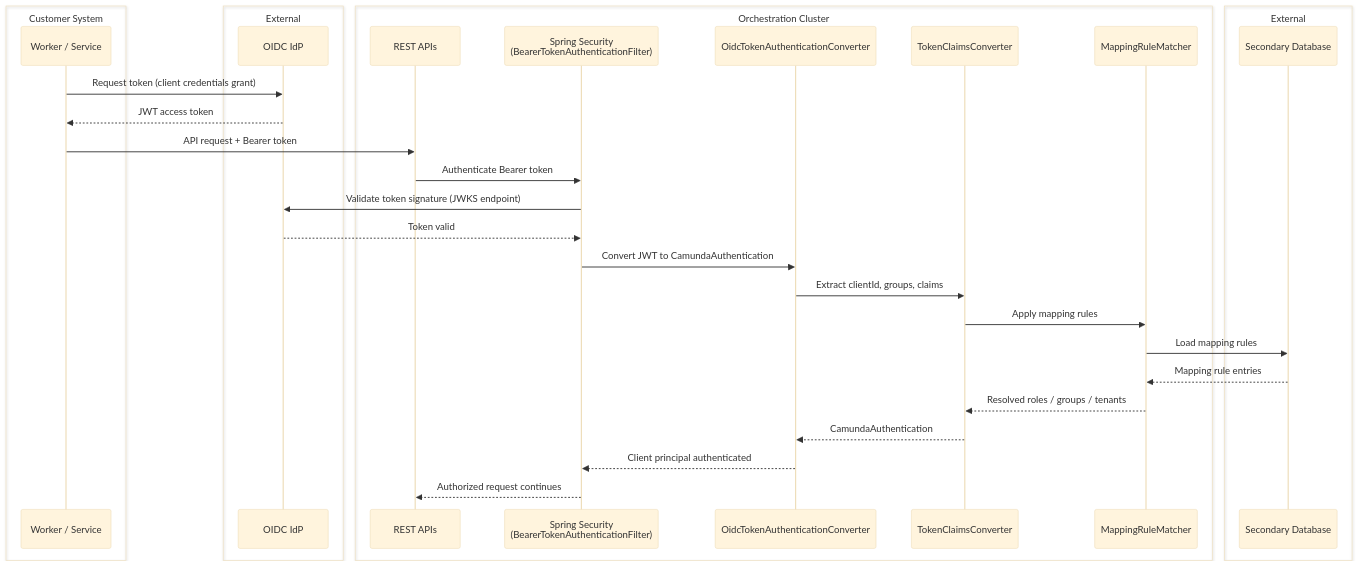
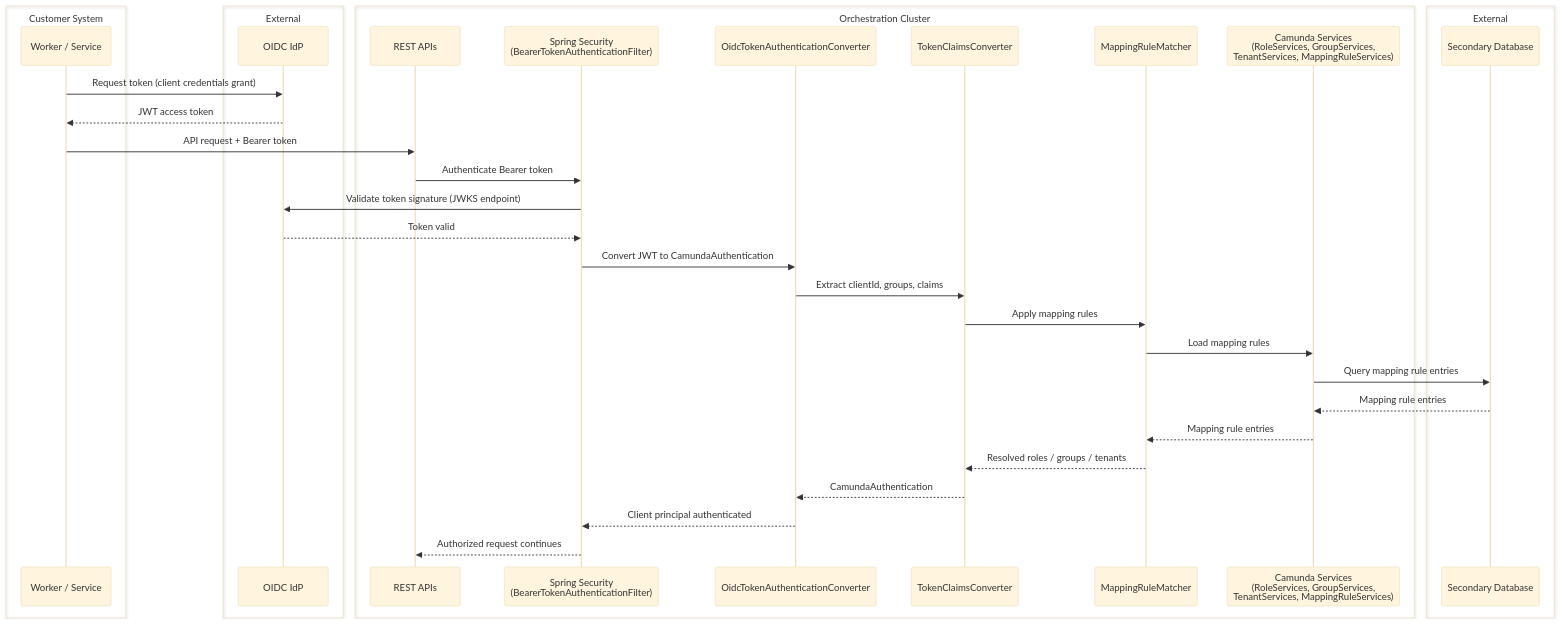
Diagram 12 of 17 in docs/identity/architecture-documentation.md (camunda/camunda), drawn with Mermaid (base theme) before and after one commit. The commit also changed other lines of this file and 4 other files, not shown here.

Commit message:
docs: update identity arc42 architecture documentation based on review

````diff
--- a/docs/identity/architecture-documentation.md
+++ b/docs/identity/architecture-documentation.md
@@ -561,35 +624,38 @@
 ```mermaid
 sequenceDiagram
   box Customer System
     participant WORKER as Worker / Service
   end
   box External
     participant IDP as OIDC IdP
   end
   box Orchestration Cluster
     participant REST as REST APIs
     participant SS as Spring Security<br/>(BearerTokenAuthenticationFilter)
     participant TOKEN_CONV as OidcTokenAuthenticationConverter
     participant CLAIMS as TokenClaimsConverter
     participant MAPPING as MappingRuleMatcher
+    participant CAMUNDA_SERVICES as Camunda Services<br/>(RoleServices, GroupServices,<br/>TenantServices, MappingRuleServices)
   end
   box External
     participant SECONDARY_DB as Secondary Database
   end
 
   WORKER->>IDP: Request token (client credentials grant)
   IDP-->>WORKER: JWT access token
   WORKER->>REST: API request + Bearer token
   REST->>SS: Authenticate Bearer token
   SS->>IDP: Validate token signature (JWKS endpoint)
   IDP-->>SS: Token valid
   SS->>TOKEN_CONV: Convert JWT to CamundaAuthentication
   TOKEN_CONV->>CLAIMS: Extract clientId, groups, claims
   CLAIMS->>MAPPING: Apply mapping rules
-  MAPPING->>SECONDARY_DB: Load mapping rules
-  SECONDARY_DB-->>MAPPING: Mapping rule entries
+  MAPPING->>CAMUNDA_SERVICES: Load mapping rules
+  CAMUNDA_SERVICES->>SECONDARY_DB: Query mapping rule entries
+  SECONDARY_DB-->>CAMUNDA_SERVICES: Mapping rule entries
+  CAMUNDA_SERVICES-->>MAPPING: Mapping rule entries
   MAPPING-->>CLAIMS: Resolved roles / groups / tenants
   CLAIMS-->>TOKEN_CONV: CamundaAuthentication
   TOKEN_CONV-->>SS: Client principal authenticated
   SS-->>REST: Authorized request continues
 ```
````
